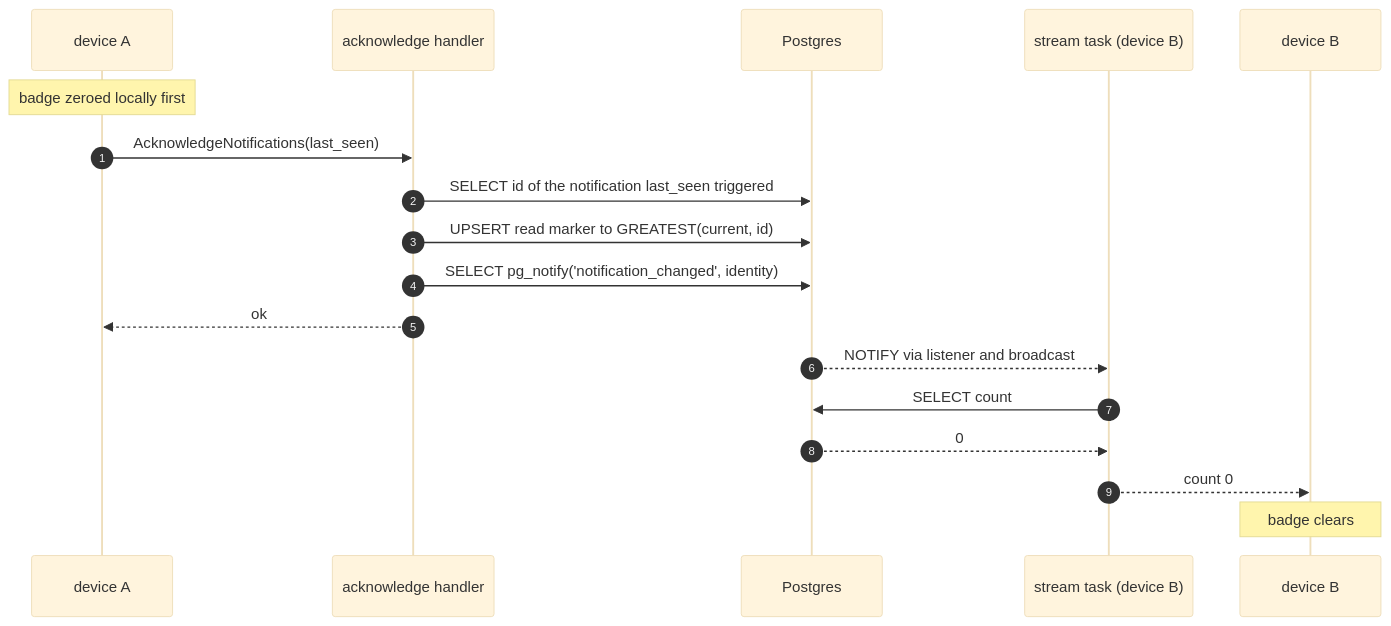
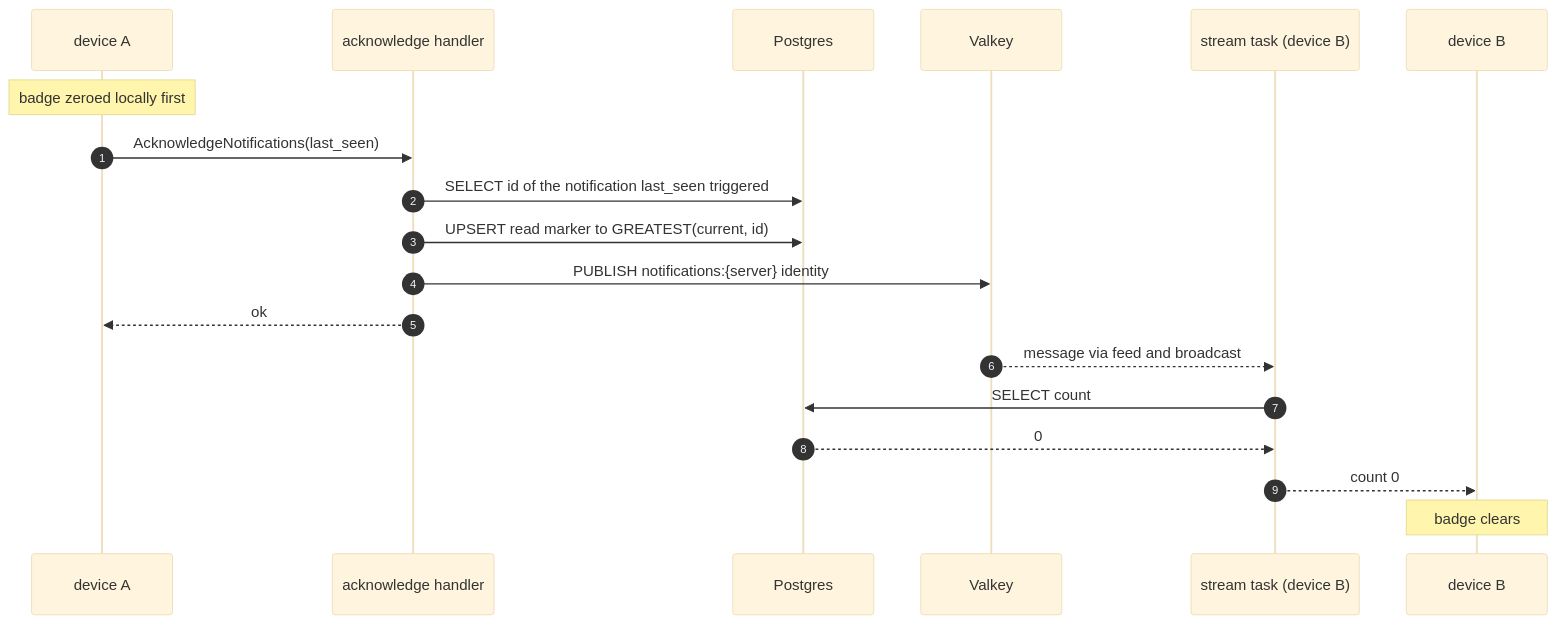
The third of 4 diagrams in docs/content/developer/unread-notifications.md (futo-org/Harbor), drawn with Mermaid (base theme) before and after one commit. The commit also changed other lines of this file and 11 other files, not shown here.

````diff
--- a/docs/content/developer/unread-notifications.md
+++ b/docs/content/developer/unread-notifications.md
@@ -147,21 +157,22 @@
 ```mermaid
 sequenceDiagram
     autonumber
     participant A as device A
     participant Server as acknowledge handler
     participant PG as Postgres
+    participant Valkey
     participant Task as stream task (device B)
     participant B as device B
 
     Note over A: badge zeroed locally first
     A->>Server: AcknowledgeNotifications(last_seen)
     Server->>PG: SELECT id of the notification last_seen triggered
     Server->>PG: UPSERT read marker to GREATEST(current, id)
-    Server->>PG: SELECT pg_notify('notification_changed', identity)
+    Server->>Valkey: PUBLISH notifications:{server} identity
     Server-->>A: ok
-    PG-->>Task: NOTIFY via listener and broadcast
+    Valkey-->>Task: message via feed and broadcast
     Task->>PG: SELECT count
     PG-->>Task: 0
     Task-->>B: count 0
     Note over B: badge clears
 ```
````
